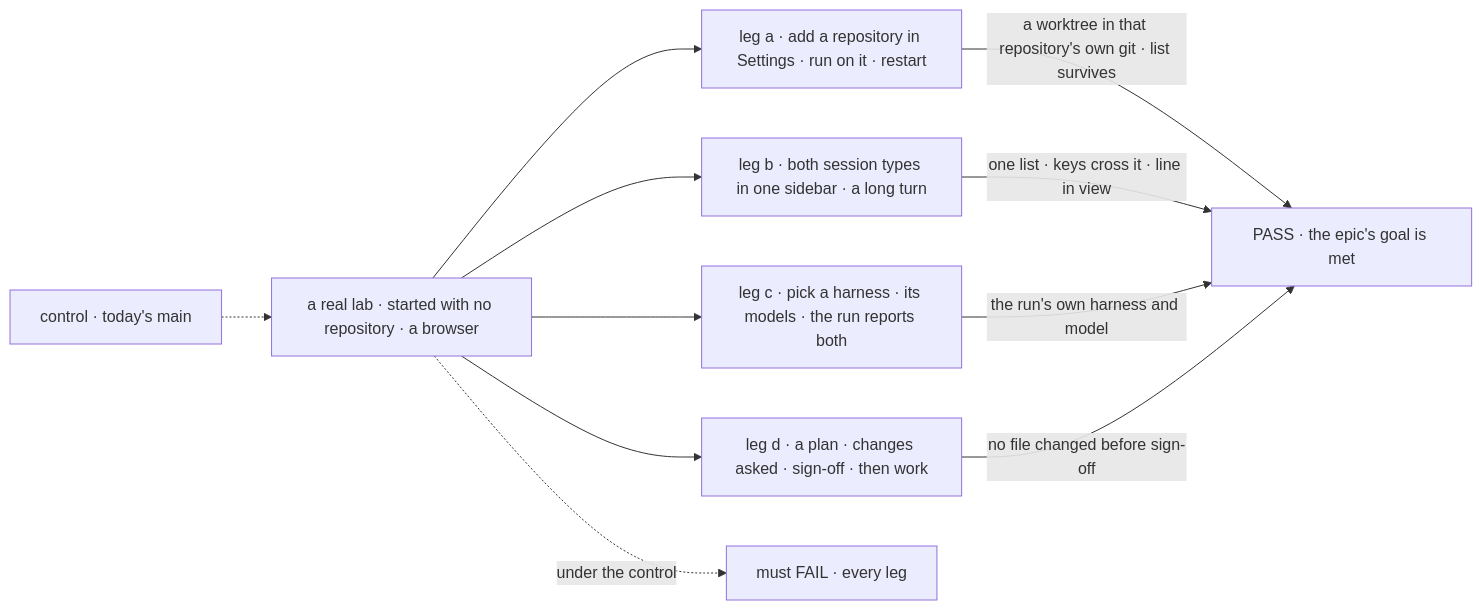
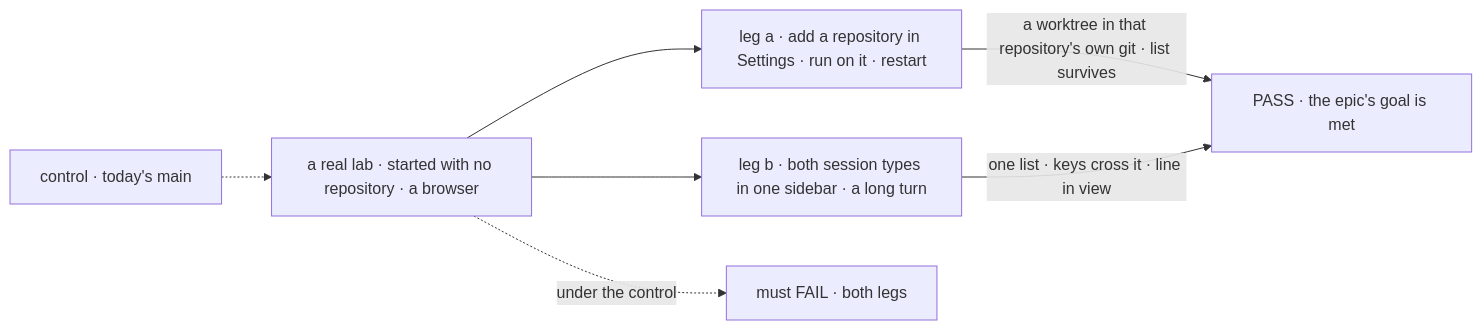
One commit to fixpoint-labs/flow-state-dev changed the first of 2 diagrams in specs/epics/FIX-2592/SPEC.md. Above: the diagram before and after it, drawn with Mermaid. The commit also changed other lines of this file and 10 other files, not shown here.

````diff
--- a/specs/epics/FIX-2592/SPEC.md
+++ b/specs/epics/FIX-2592/SPEC.md
@@ -33,13 +41,9 @@
 ```mermaid
 flowchart LR
   A["a real lab · started with no repository · a browser"] --> L1["leg a · add a repository in Settings · run on it · restart"]
   A --> L2["leg b · both session types in one sidebar · a long turn"]
-  A --> L3["leg c · pick a harness · its models · the run reports both"]
-  A --> L4["leg d · a plan · changes asked · sign-off · then work"]
   L1 -->|"a worktree in that repository's own git · list survives"| P["PASS · the epic's goal is met"]
   L2 -->|"one list · keys cross it · line in view"| P
-  L3 -->|"the run's own harness and model"| P
-  L4 -->|"no file changed before sign-off"| P
   C["control · today's main"] -.-> A
-  A -.->|"under the control"| F["must FAIL · every leg"]
+  A -.->|"under the control"| F["must FAIL · both legs"]
 ```
````
